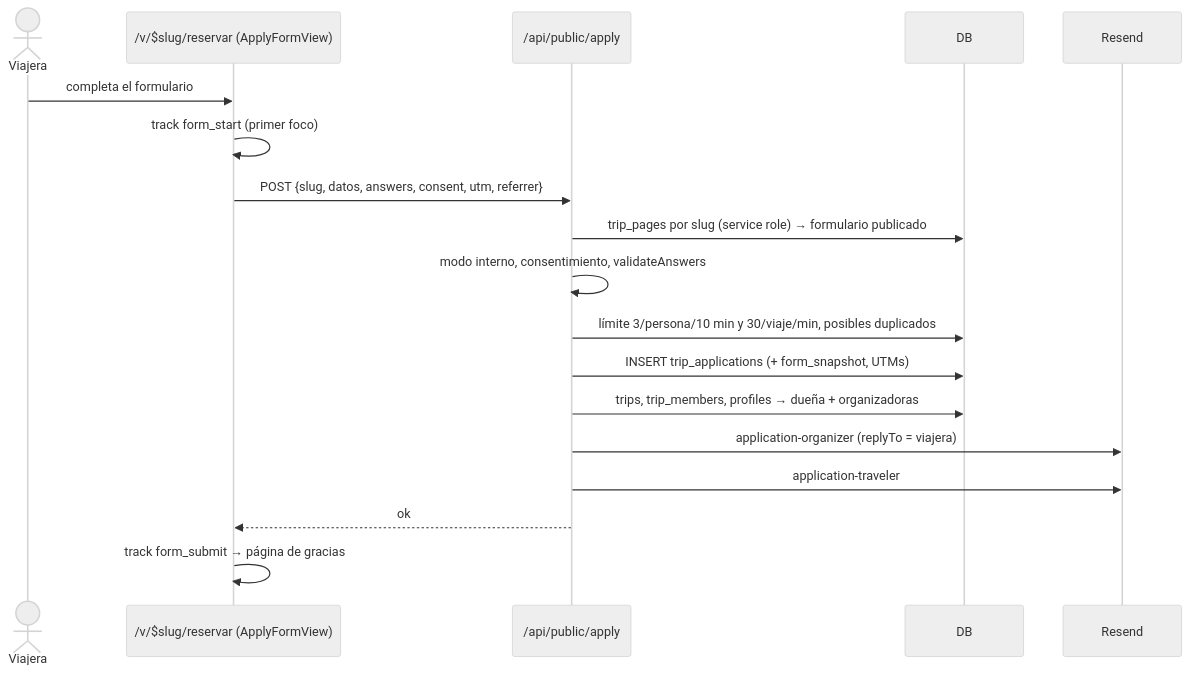
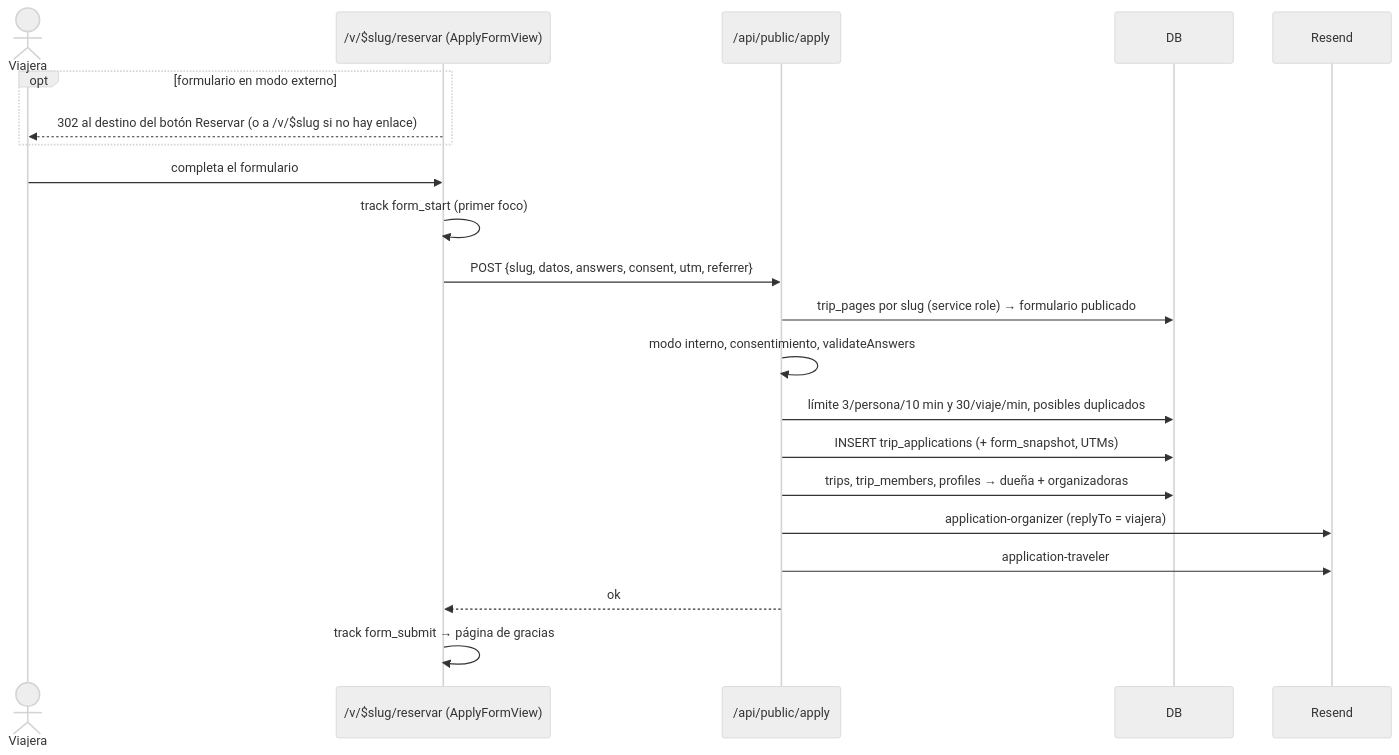
Before and after one commit to gaby26203/planeii: diagram 19 of 20 in docs/flujos.md, drawn with Mermaid (neutral theme). The commit also changed 2 other files, not shown here.

Commit message:
Redirigir la página de reserva cuando el formulario es externo
/v/$slug/reservar mostraba el formulario interno aunque el viaje recibiera solicitudes en otro
sitio, y al enviar la API respondía 409. Ahora, si el formulario no está en modo interno, la
ruta responde 302 al mismo destino que el botón Reservar de la landing, o a la landing si no hay
un enlace http(s). Probado con un stub de trip_pages: externo → 302 al enlace, interno → 200
con el formulario, sin enlace → 302 a la landing, inexistente → 404.

Claude-Session: https://claude.ai/code/session_01MVUxDuVsmaPBiLPPyhZHpb

````diff
--- a/docs/flujos.md
+++ b/docs/flujos.md
@@ -456,20 +456,23 @@
 ```mermaid
 sequenceDiagram
   actor V as Viajera
   participant F as /v/$slug/reservar (ApplyFormView)
   participant A as /api/public/apply
   participant DB
   participant R as Resend
+  opt formulario en modo externo
+    F-->>V: 302 al destino del botón Reservar (o a /v/$slug si no hay enlace)
+  end
   V->>F: completa el formulario
   F->>F: track form_start (primer foco)
   F->>A: POST {slug, datos, answers, consent, utm, referrer}
   A->>DB: trip_pages por slug (service role) → formulario publicado
   A->>A: modo interno, consentimiento, validateAnswers
   A->>DB: límite 3/persona/10 min y 30/viaje/min, posibles duplicados
   A->>DB: INSERT trip_applications (+ form_snapshot, UTMs)
   A->>DB: trips, trip_members, profiles → dueña + organizadoras
   A->>R: application-organizer (replyTo = viajera)
   A->>R: application-traveler
   A-->>F: ok
   F->>F: track form_submit → página de gracias
 ```
````
